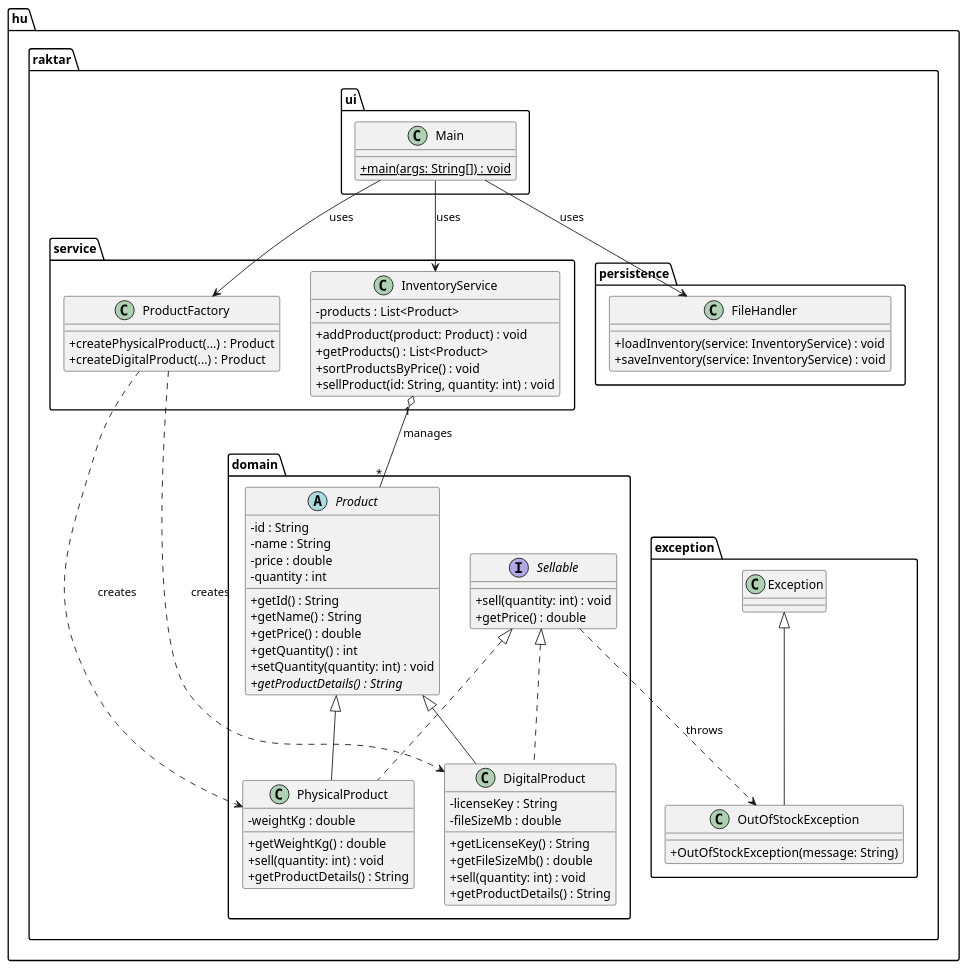
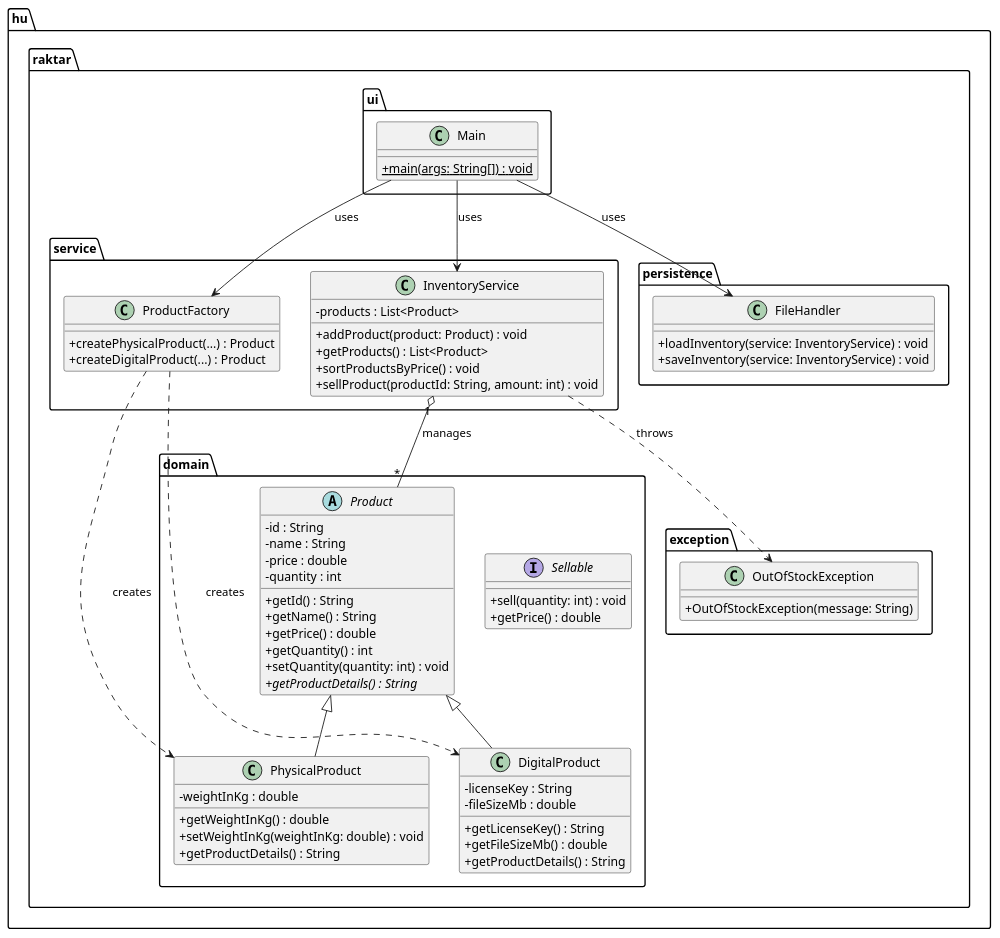
One commit to PatkosAdam/Beadando1 changed the diagram in docs/class-diagram.puml. Above: the diagram before and after it, drawn with PlantUML.

```diff
--- a/docs/class-diagram.puml
+++ b/docs/class-diagram.puml
@@ -1,81 +1,80 @@
 @startuml
 skinparam classAttributeIconSize 0
 
 package "hu.raktar.domain" {
   interface Sellable {
     + sell(quantity: int) : void
     + getPrice() : double
   }
 
   abstract class Product {
     - id : String
     - name : String
     - price : double
     - quantity : int
     + getId() : String
     + getName() : String
     + getPrice() : double
     + getQuantity() : int
     + setQuantity(quantity: int) : void
     + {abstract} getProductDetails() : String
   }
 
-  class PhysicalProduct extends Product implements Sellable {
-    - weightKg : double
-    + getWeightKg() : double
-    + sell(quantity: int) : void
+  class PhysicalProduct extends Product {
+    - weightInKg : double
+    + getWeightInKg() : double
+    + setWeightInKg(weightInKg: double) : void
     + getProductDetails() : String
   }
 
-  class DigitalProduct extends Product implements Sellable {
+  class DigitalProduct extends Product {
     - licenseKey : String
     - fileSizeMb : double
     + getLicenseKey() : String
     + getFileSizeMb() : double
-    + sell(quantity: int) : void
     + getProductDetails() : String
   }
 }
 
 package "hu.raktar.exception" {
-  class OutOfStockException extends Exception {
+  class OutOfStockException {
     + OutOfStockException(message: String)
   }
 }
 
 package "hu.raktar.service" {
   class ProductFactory {
     + createPhysicalProduct(...) : Product
     + createDigitalProduct(...) : Product
   }
 
   class InventoryService {
     - products : List<Product>
     + addProduct(product: Product) : void
     + getProducts() : List<Product>
     + sortProductsByPrice() : void
-    + sellProduct(id: String, quantity: int) : void
+    + sellProduct(productId: String, amount: int) : void
   }
 }
 
 package "hu.raktar.persistence" {
   class FileHandler {
     + loadInventory(service: InventoryService) : void
     + saveInventory(service: InventoryService) : void
   }
 }
 
 package "hu.raktar.ui" {
   class Main {
     + {static} main(args: String[]) : void
   }
 }
 
 Main --> InventoryService : uses
 Main --> ProductFactory : uses
 Main --> FileHandler : uses
 InventoryService "1" o-- "*" Product : manages
+InventoryService ..> OutOfStockException : throws
 ProductFactory ..> PhysicalProduct : creates
 ProductFactory ..> DigitalProduct : creates
-Sellable ..> OutOfStockException : throws
 @enduml
```
